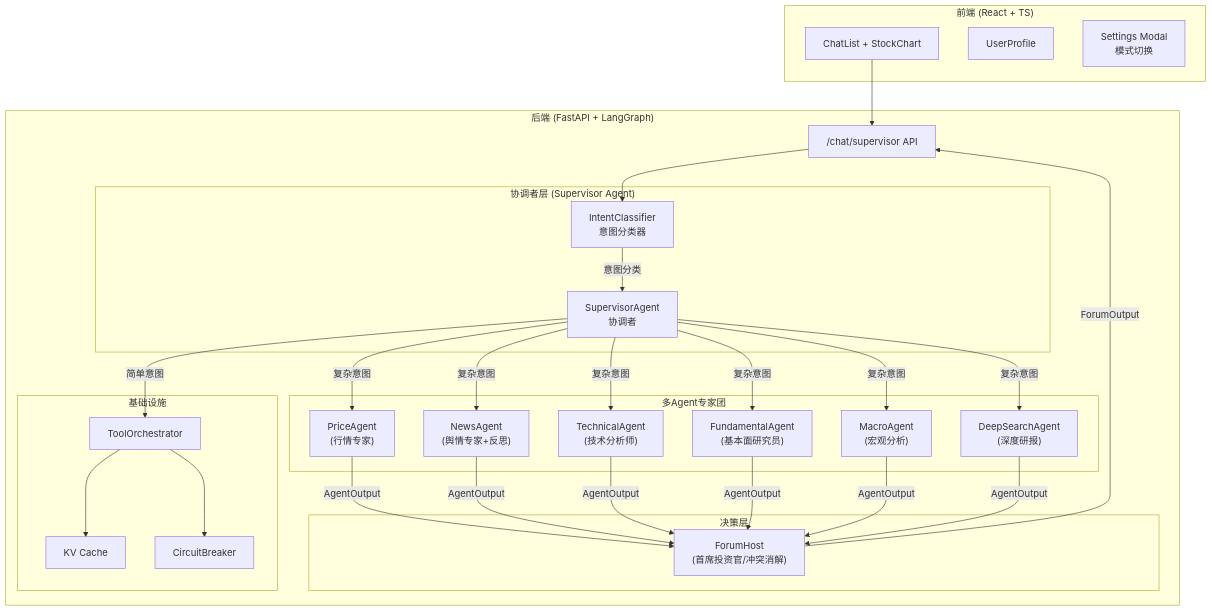
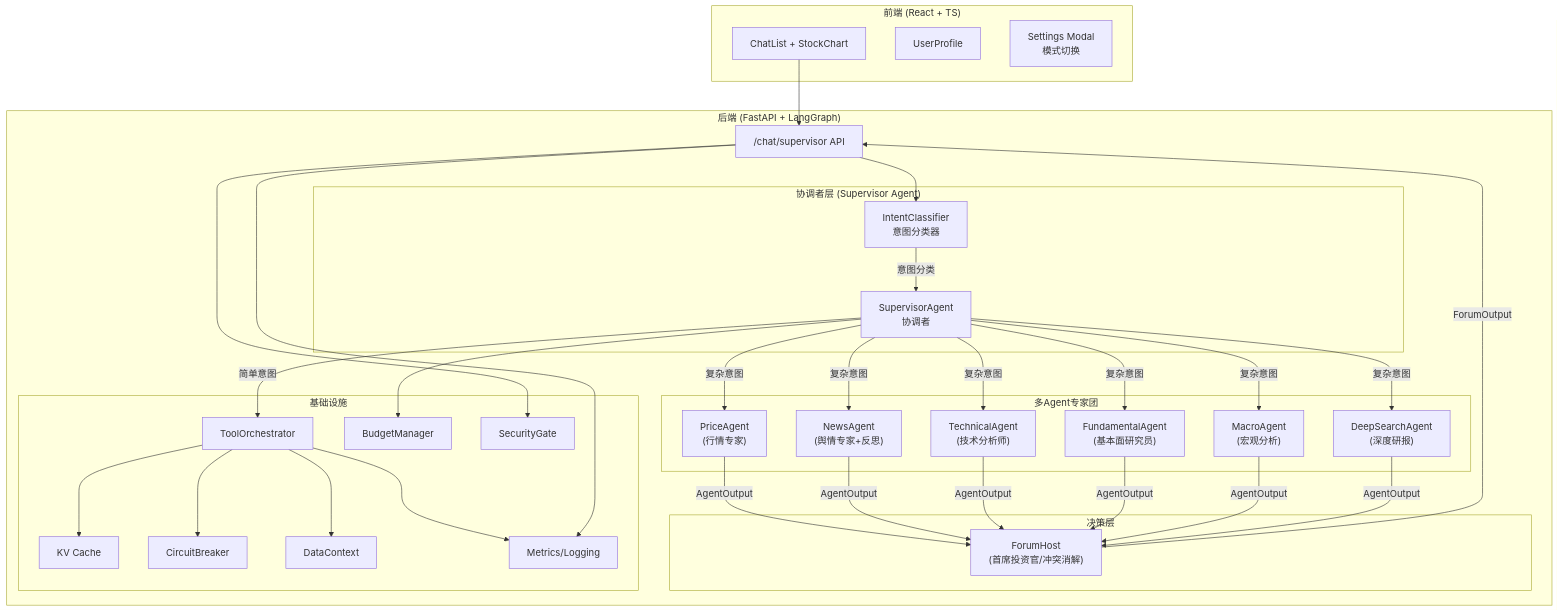
One commit to kkkano/FinSight changed the first of 2 diagrams in docs/01_ARCHITECTURE.md. Above: the diagram before and after it, drawn with Mermaid. The commit also changed other lines of this file and 10378 other files, not shown here.

````diff
--- a/docs/01_ARCHITECTURE.md
+++ b/docs/01_ARCHITECTURE.md
@@ -19,60 +29,69 @@
 ```mermaid
 flowchart TB
     subgraph Frontend["前端 (React + TS)"]
         UI["ChatList + StockChart"]
         Profile["UserProfile"]
         Settings["Settings Modal<br/>模式切换"]
     end
 
     subgraph Backend["后端 (FastAPI + LangGraph)"]
         API["/chat/supervisor API"]
 
         subgraph SupervisorLayer["协调者层 (Supervisor Agent)"]
             IC["IntentClassifier<br/>意图分类器"]
             SA["SupervisorAgent<br/>协调者"]
         end
 
         subgraph Agents["多Agent专家团"]
             PA["PriceAgent<br/>(行情专家)"]
             NA["NewsAgent<br/>(舆情专家+反思)"]
             TA["TechnicalAgent<br/>(技术分析师)"]
             FA["FundamentalAgent<br/>(基本面研究员)"]
             MA["MacroAgent<br/>(宏观分析)"]
             DS["DeepSearchAgent<br/>(深度研报)"]
         end
 
         subgraph Forum["决策层"]
             FH["ForumHost<br/>(首席投资官/冲突消解)"]
         end
 
         subgraph Infrastructure["基础设施"]
             ORC["ToolOrchestrator"]
             Cache["KV Cache"]
             CB["CircuitBreaker"]
+            DC["DataContext"]
+            BM["BudgetManager"]
+            SG["SecurityGate"]
+            MET["Metrics/Logging"]
         end
     end
 
     %% Data Flow
     UI --> API
     API --> IC
     IC -->|意图分类| SA
     SA -->|简单意图| ORC
     SA -->|复杂意图| PA
     SA -->|复杂意图| NA
     SA -->|复杂意图| TA
     SA -->|复杂意图| FA
     SA -->|复杂意图| MA
     SA -->|复杂意图| DS
 
     PA -->|AgentOutput| FH
     NA -->|AgentOutput| FH
     TA -->|AgentOutput| FH
     FA -->|AgentOutput| FH
     MA -->|AgentOutput| FH
     DS -->|AgentOutput| FH
 
     FH -->|ForumOutput| API
     ORC --> Cache
     ORC --> CB
+    ORC --> DC
+    SA --> BM
+    API --> SG
+    ORC --> MET
+    API --> MET
 
 ```
````
